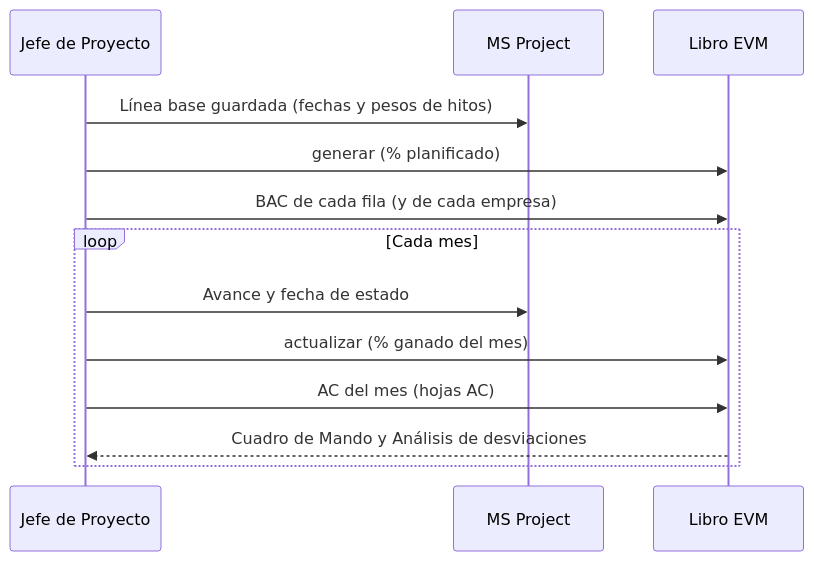
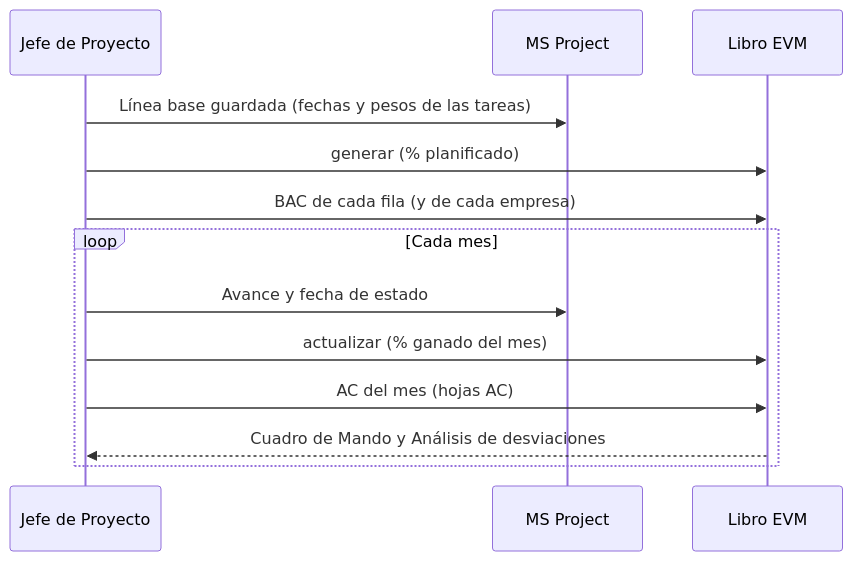
The fourth of 4 diagrams in docs/calculo-pv-ev.md (MarceloSalazar/evm-automation), drawn with Mermaid before and after one commit. The commit also changed other lines of this file and 29 other files, not shown here.

First line of the commit message:
Textos: peso de las tareas en lugar de «peso de los hitos»

````diff
--- a/docs/calculo-pv-ev.md
+++ b/docs/calculo-pv-ev.md
@@ -763,15 +763,15 @@
 ```mermaid
 sequenceDiagram
     participant JP as Jefe de Proyecto
     participant MSP as MS Project
     participant XL as Libro EVM
-    JP->>MSP: Línea base guardada (fechas y pesos de hitos)
+    JP->>MSP: Línea base guardada (fechas y pesos de las tareas)
     JP->>XL: generar (% planificado)
     JP->>XL: BAC de cada fila (y de cada empresa)
     loop Cada mes
         JP->>MSP: Avance y fecha de estado
         JP->>XL: actualizar (% ganado del mes)
         JP->>XL: AC del mes (hojas AC)
         XL-->>JP: Cuadro de Mando y Análisis de desviaciones
     end
 ```
````
